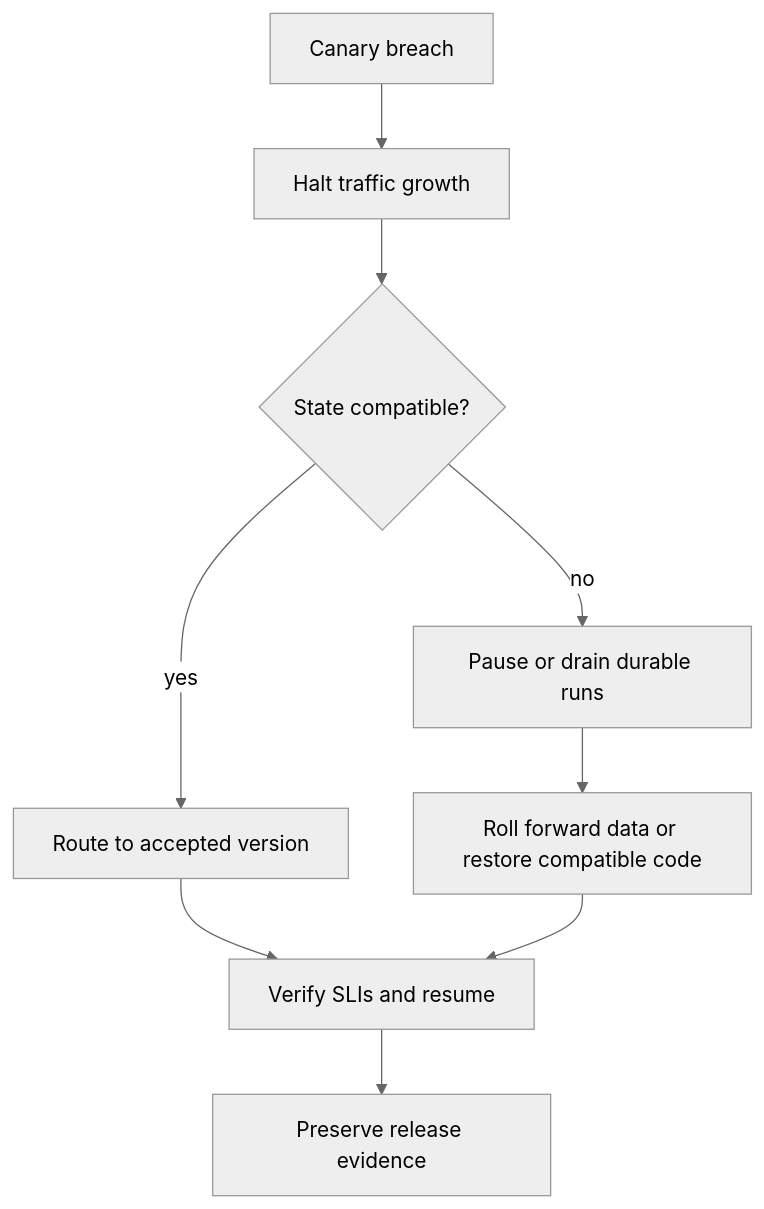
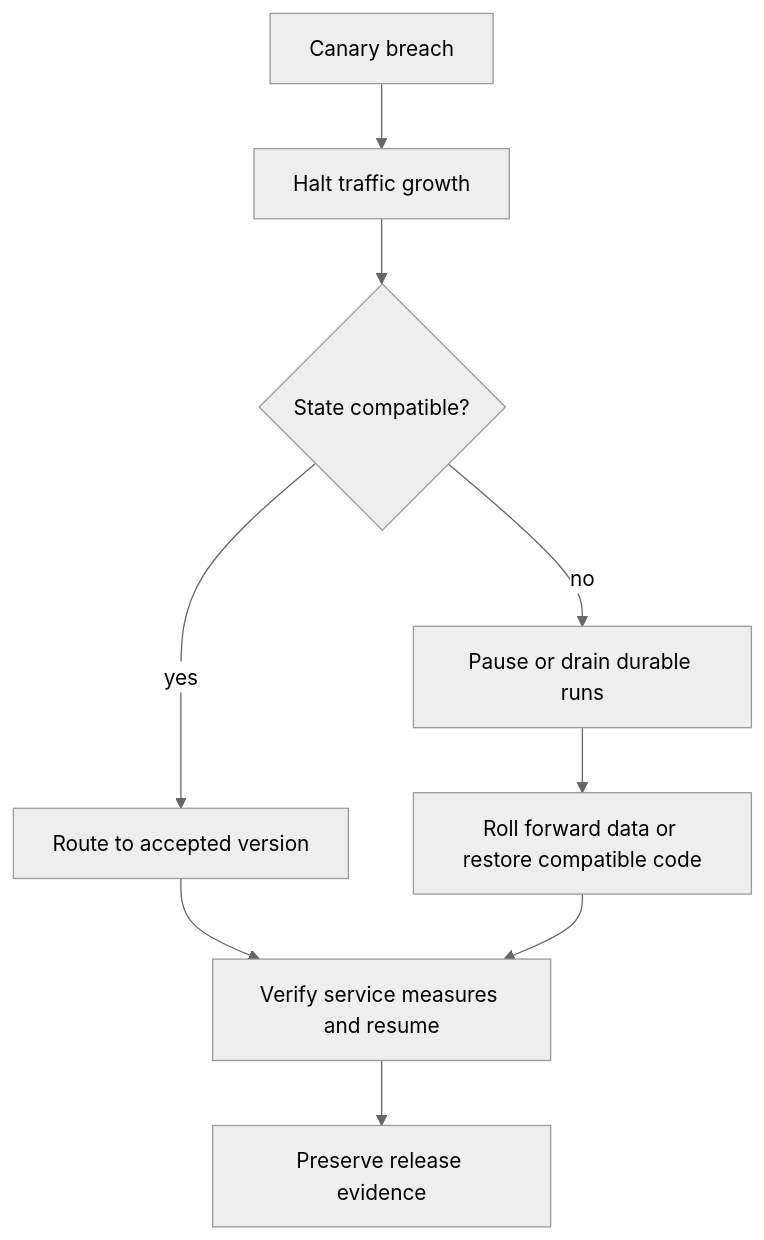
The third of 3 diagrams in modules/07-production-architecture-operations/chapters/31-deployment-and-delivery.md (VikrantSingh01/Agentic_System_Design), drawn with Mermaid (neutral theme) before and after one commit. The commit also changed 3 other files, not shown here.

Commit message:
Improve Module 7 diagram accessibility

````diff
--- a/modules/07-production-architecture-operations/chapters/31-deployment-and-delivery.md
+++ b/modules/07-production-architecture-operations/chapters/31-deployment-and-delivery.md
@@ -59,11 +59,11 @@
 ```mermaid
 flowchart TD
     B[Canary breach] --> H[Halt traffic growth]
     H --> K{State compatible?}
     K -->|yes| R[Route to accepted version]
     K -->|no| P[Pause or drain durable runs]
     P --> F[Roll forward data or restore compatible code]
-    R --> V[Verify SLIs and resume]
+    R --> V[Verify service measures and resume]
     F --> V
     V --> E[Preserve release evidence]
 ```
````
